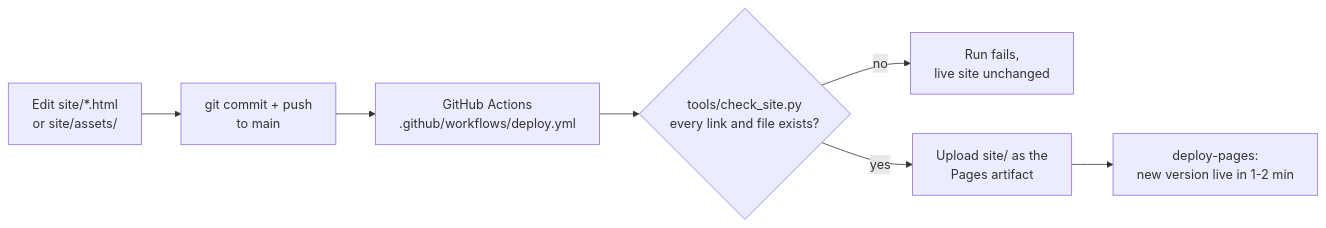
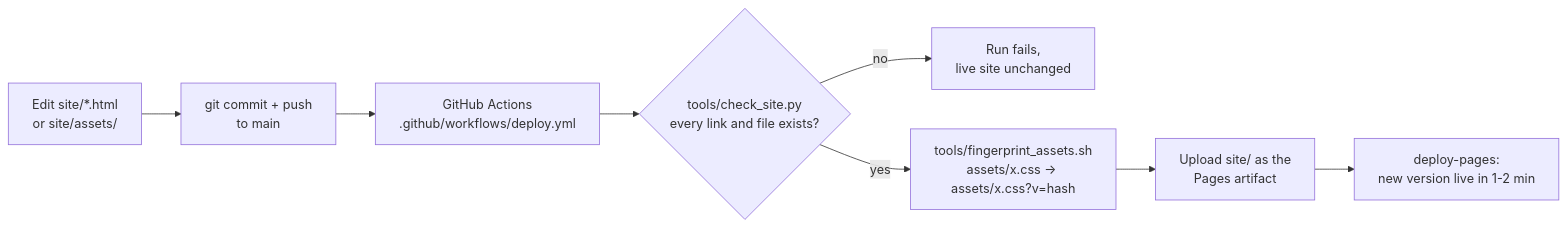
Before and after one commit to ArchShahin/archangx-website: the second of 3 diagrams in docs/ARCHITECTURE.md, drawn with Mermaid. The commit also changed other lines of this file and 5 other files, not shown here.

````diff
--- a/docs/ARCHITECTURE.md
+++ b/docs/ARCHITECTURE.md
@@ -26,9 +26,10 @@
 ```mermaid
 flowchart LR
   E[Edit site/*.html<br/>or site/assets/] --> C[git commit + push<br/>to main]
   C --> A[GitHub Actions<br/>.github/workflows/deploy.yml]
   A --> T{tools/check_site.py<br/>every link and file exists?}
   T -- no --> X[Run fails,<br/>live site unchanged]
-  T -- yes --> U[Upload site/ as the<br/>Pages artifact]
+  T -- yes --> F[tools/fingerprint_assets.sh<br/>assets/x.css → assets/x.css?v=hash]
+  F --> U[Upload site/ as the<br/>Pages artifact]
   U --> D[deploy-pages:<br/>new version live in 1-2 min]
 ```
````
